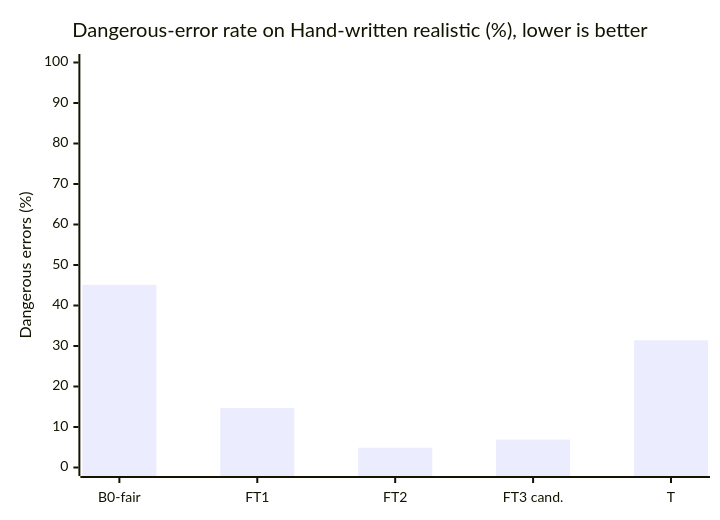
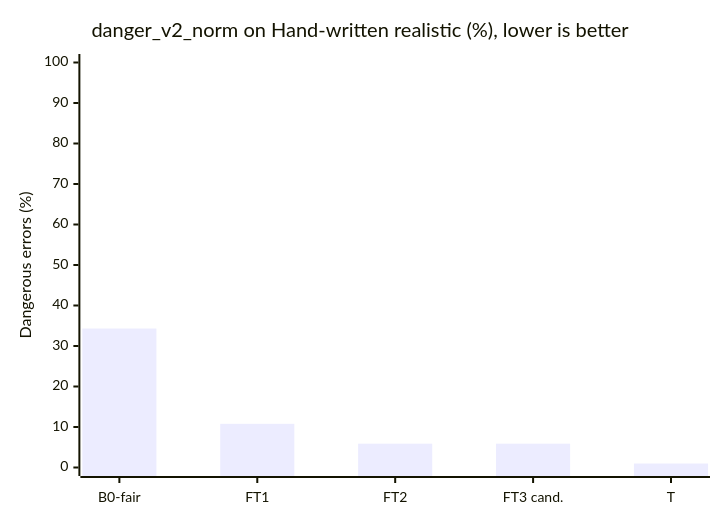
The second of 4 diagrams in eval/results.md (Vedant817/aaji-pill-clerk), drawn with Mermaid before and after one commit. The commit also changed other lines of this file and 44 other files, not shown here.

````diff
--- a/eval/results.md
+++ b/eval/results.md
@@ -165,7 +180,7 @@
 ```mermaid
 xychart-beta
-    title "Dangerous-error rate on Hand-written realistic (%), lower is better"
+    title "danger_v2_norm on Hand-written realistic (%), lower is better"
     x-axis ["B0-fair", "FT1", "FT2", "FT3 cand.", "T"]
     y-axis "Dangerous errors (%)" 0 --> 100
-    bar [45.1, 14.7, 4.9, 6.9, 31.4]
+    bar [34.31, 10.78, 5.88, 5.88, 0.98]
 ```
````
